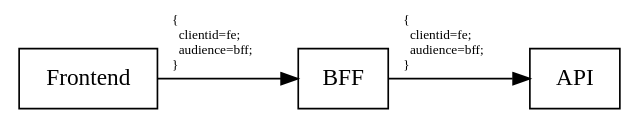
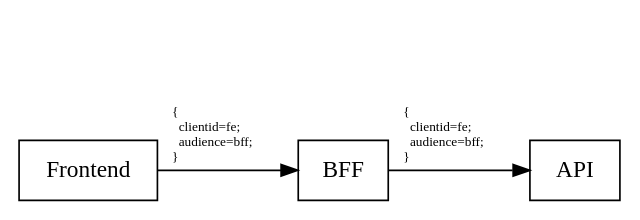
The diagram in images/graphviz/authpassthrough.dot (Gemeente-DenHaag/referentie-common-ground-implementatie), drawn with Graphviz before and after one commit. The commit also changed 7 other files, not shown here.

```diff
--- a/images/graphviz/authpassthrough.dot
+++ b/images/graphviz/authpassthrough.dot
@@ -1,19 +1,17 @@
 digraph {
     layout=dot
-    rankdir="T"
 
+    helper[style=invis]
+    helper->Frontend[style=invis]
 
     subgraph cons2{
         rank=same
         Frontend[shape=rect]
         BFF[shape=rect]
         API[shape=rect]
     }
 
     Frontend->BFF[label="{\l   clientid=fe; \l   audience=bff; \l}\l",align="left",fontsize=8]
-
     BFF->API[label="{\l   clientid=fe; \l   audience=bff; \l}\l",align="left",fontsize=8]
 
-
- 
 }
```
